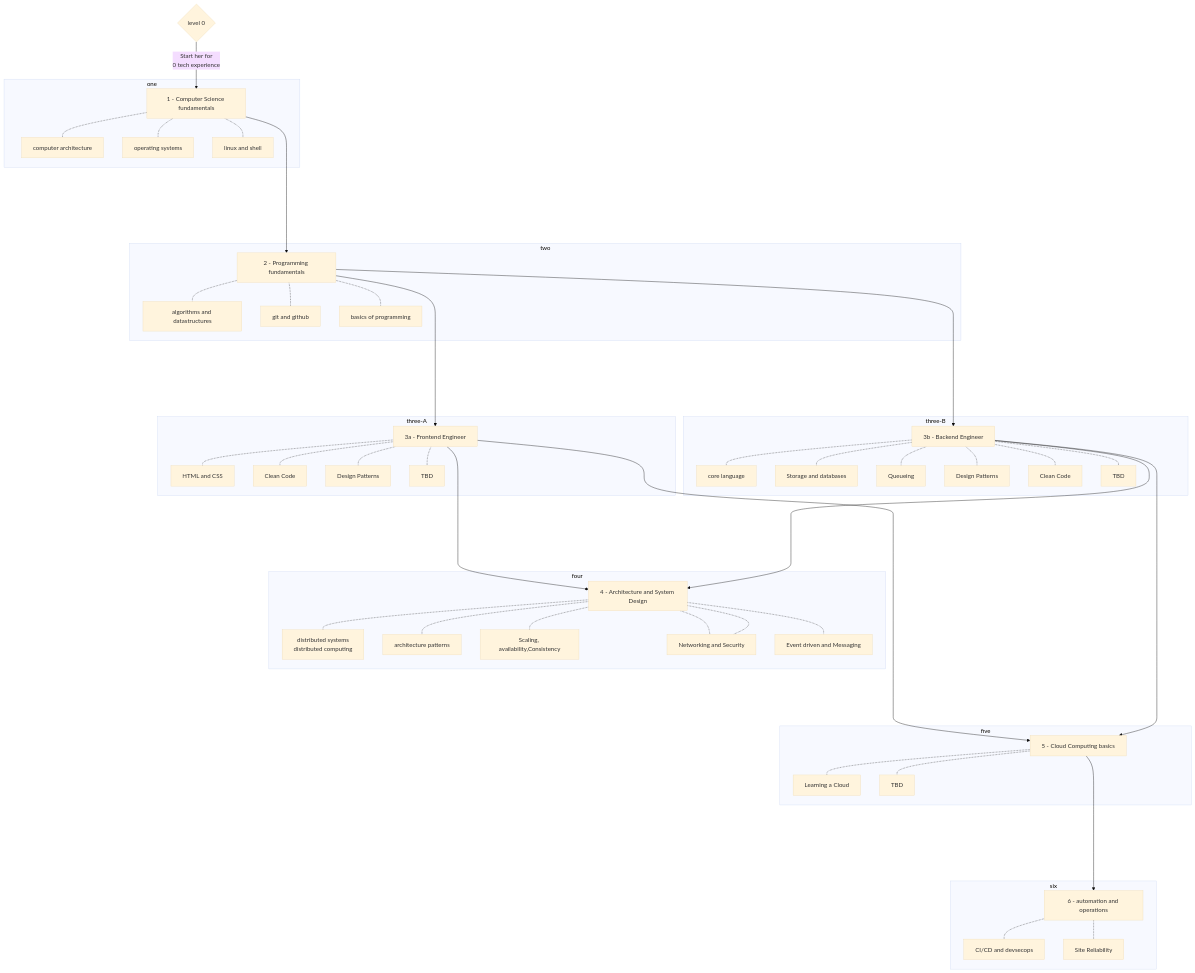
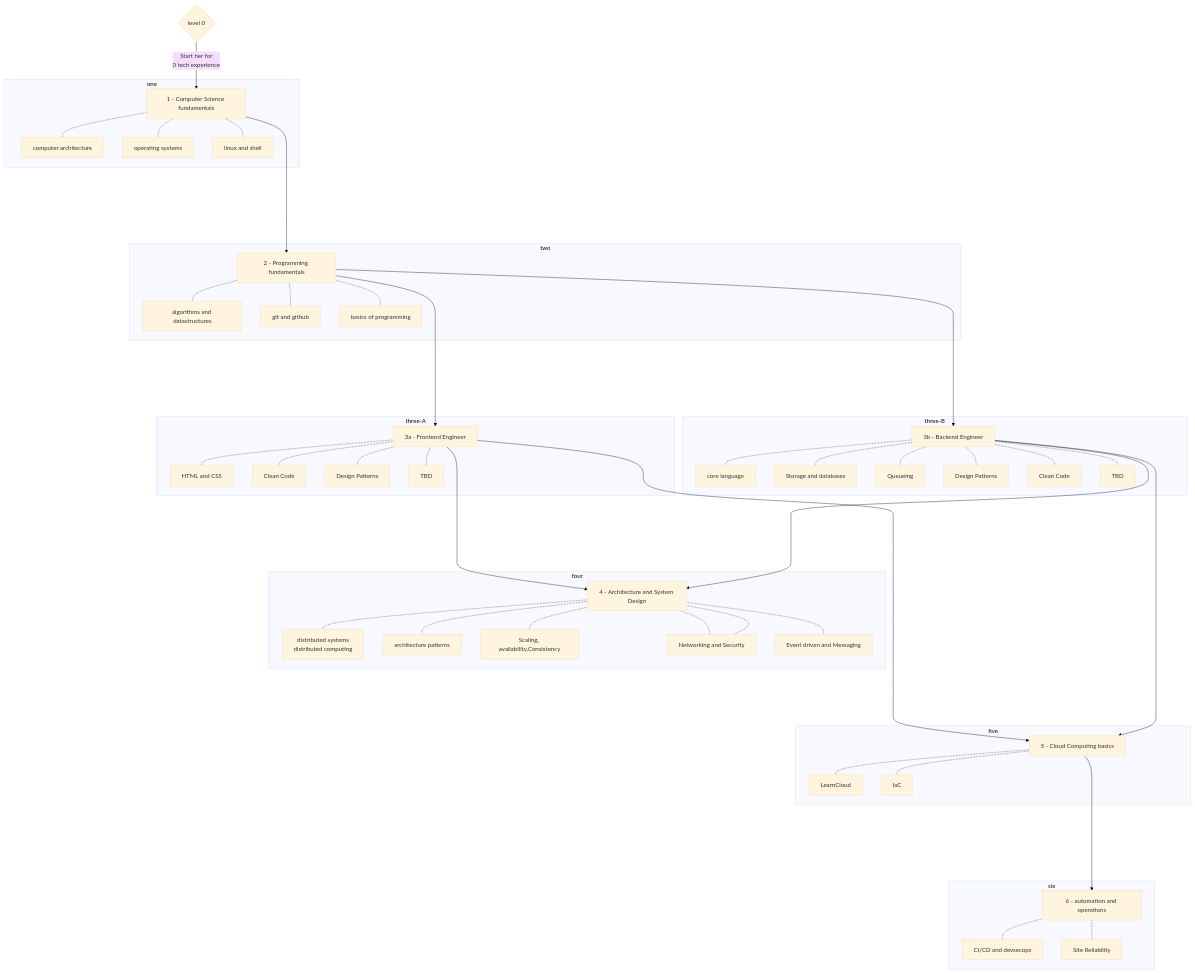
Before and after one commit to theclassrooms/theclassrooms.github.io: the diagram in README.md, drawn with Mermaid (base theme). The commit also changed 6 other files, not shown here.

````diff
--- a/README.md
+++ b/README.md
@@ -11,79 +11,80 @@
 ```mermaid
 graph TD
 
         0{level 0} -->|Start her for <br/> 0 tech experience| 1
 
         1[1 - Computer Science fundamentals] ------> 2[2 - Programming fundamentals]
         subgraph one
             1 -.- 1a[computer architecture]
             1 -.- 1b[operating systems]
             1 -.- 1c[linux and shell]
         end
 
         subgraph two
             2 -.- 2a[algorithms and datastructures]
             2 -.- 2b[git and github]
             2 -.- 2c[basics of programming]
         end
 
         2 ------> 3a[3a - Frontend Engineer]
         subgraph three-A
             3a -.- 3aa[HTML and CSS]
             3a -.- 3ab[Clean Code]
             3a -.- 3ac[Design Patterns]
             3a -.- 3ax[TBD]
         end
 
         2 ------> 3b[3b - Backend Engineer]
         subgraph three-B
             3b -.- 3ba[core language]
             3b -.- 3bb[Storage and databases]
             3b -.- 3bc[Queueing]
             3b -.- 3bd[Design Patterns]
             3b -.- 3be[Clean Code]
             3b -.- 3bx[TBD]
 
         end
 
 
         3a ------> 4
         3b ------> 4[4 - Architecture and System Design]
 
         subgraph four
             4 -.- 4a[distributed systems <br/> distributed computing]
             4 -.- 4b[architecture patterns]
             4 -.- 4c[Scaling, availability,Consistency]
             4 -.- 4d[Databases and Caching design]
             4 -.- 4d[Networking and Security]
             4 -.- 4x[Event driven and Messaging]
         end
 
         3a ----------> 5
         3b ----------> 5[5 - Cloud Computing basics]
 
         subgraph five
-            5 -.- 5a[Learning a Cloud]
-            5 -.- 5b[TBD]
-
+            5 -.- 5a[LearnCloud]
+            5 -.- 5b[IaC]
         end
 
         5 ------> 6[6 - automation and operations]
 
         subgraph six
             6 -.- 6a[CI/CD and devsecops]
             6 -.- 6b[Site Reliability]
 
         end
 
 
 
         click 1 "./#/computer-science-fundamentals" "x"
         click 1a "./#/computer-architecture" "x"
         click 1b "./#/operating-systems" "x"
         click 1c "./#/linux-and-shell" "x"
         click 2 "./#/programming-fundamentals" "x"
         click 2b "./#/git" "x"
         click 2a "./#/algorithms-and-data-structures" "x"
         click 2c "./#/basics-of-programming" "x"
+        click 5a "./#/learning-a-cloud" "x"
+        click 5b "./#/iac" "x"
 
 ```
````
